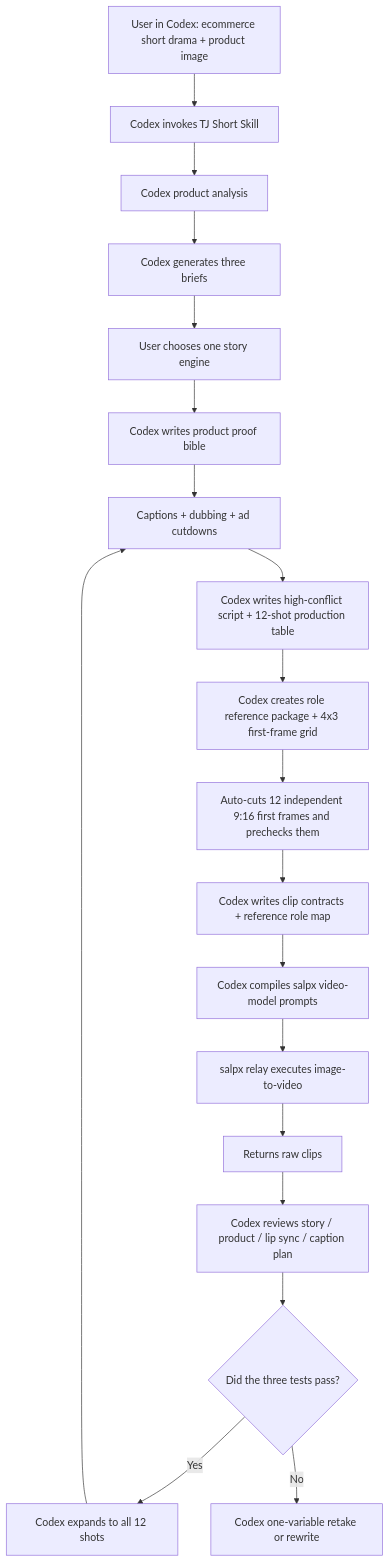
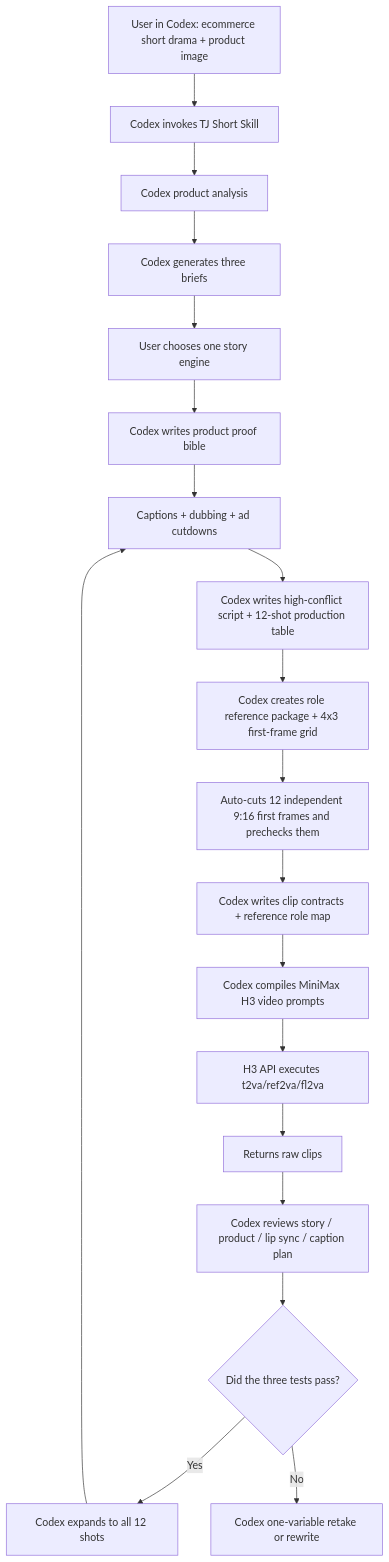
One commit to tttg2010/tj-short changed the diagram in README.en.md. Above: the diagram before and after it, drawn with Mermaid. The commit also changed other lines of this file and 10 other files, not shown here.

````diff
--- a/README.en.md
+++ b/README.en.md
@@ -169,21 +197,21 @@
 ```mermaid
 flowchart TD
   A["User in Codex: ecommerce short drama + product image"] --> B["Codex invokes TJ Short Skill"]
   B --> C["Codex product analysis"]
   C --> D["Codex generates three briefs"]
   D --> E["User chooses one story engine"]
   E --> F["Codex writes product proof bible"]
   F --> R["Codex builds four libraries: role / scene / product-prop / evidence"]
   R --> G["Codex writes high-conflict script + 12-shot production table"]
   G --> H["Codex creates role reference package + 4x3 first-frame grid"]
   H --> I["Auto-cuts 12 independent 9:16 first frames and prechecks them"]
   I --> J["Codex writes clip contracts + reference role map"]
-  J --> K["Codex compiles salpx video-model prompts"]
-  K --> L["salpx relay executes image-to-video"]
+  J --> K["Codex compiles MiniMax H3 video prompts"]
+  K --> L["H3 API executes t2va/ref2va/fl2va"]
   L --> M["Returns raw clips"]
   M --> N["Codex reviews story / product / lip sync / caption plan"]
   N --> O{"Did the three tests pass?"}
   O -- "Yes" --> P["Codex expands to all 12 shots"]
   O -- "No" --> Q["Codex one-variable retake or rewrite"]
   P --> R["Captions + dubbing + ad cutdowns"]
 ```
````
